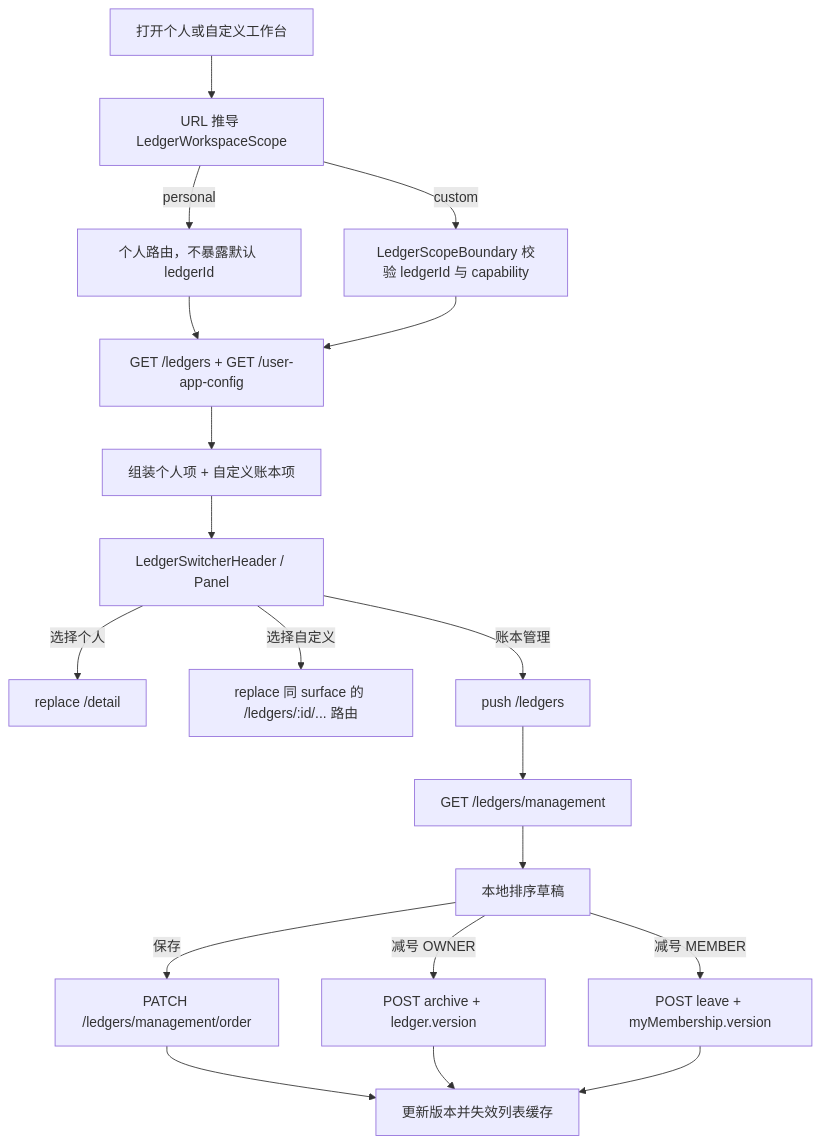
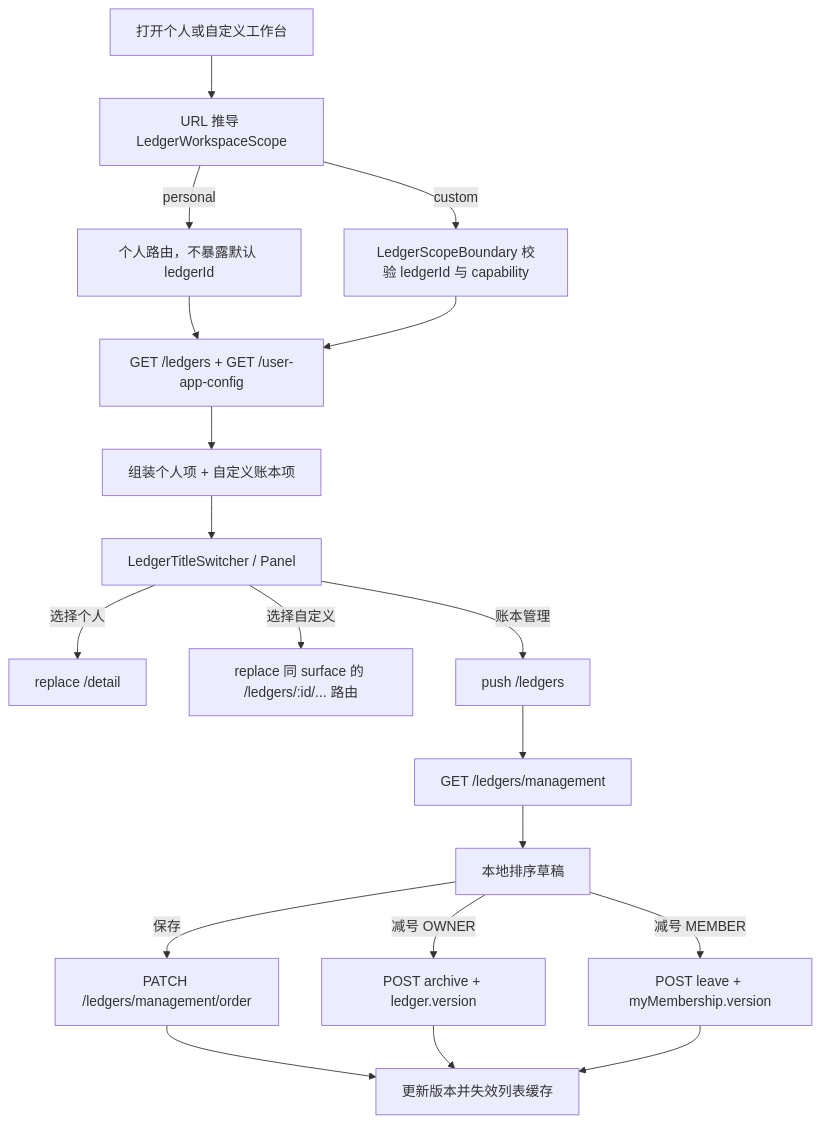
The diagram in docs/superpowers/specs/2026-07-22-ledger-management-workspace-switcher-design.md (whale-wave/ww-bill-client), drawn with Mermaid before and after one commit. The commit also changed other lines of this file and 23 other files, not shown here.

````diff
--- a/docs/superpowers/specs/2026-07-22-ledger-management-workspace-switcher-design.md
+++ b/docs/superpowers/specs/2026-07-22-ledger-management-workspace-switcher-design.md
@@ -506,21 +510,21 @@
 ```mermaid
 flowchart TD
   A["打开个人或自定义工作台"] --> B["URL 推导 LedgerWorkspaceScope"]
   B -->|personal| C["个人路由，不暴露默认 ledgerId"]
   B -->|custom| D["LedgerScopeBoundary 校验 ledgerId 与 capability"]
   C --> E["GET /ledgers + GET /user-app-config"]
   D --> E
   E --> F["组装个人项 + 自定义账本项"]
-  F --> G["LedgerSwitcherHeader / Panel"]
+  F --> G["LedgerTitleSwitcher / Panel"]
   G -->|选择个人| H["replace /detail"]
   G -->|选择自定义| I["replace 同 surface 的 /ledgers/:id/... 路由"]
   G -->|账本管理| J["push /ledgers"]
   J --> K["GET /ledgers/management"]
   K --> L["本地排序草稿"]
   L -->|保存| M["PATCH /ledgers/management/order"]
   L -->|减号 OWNER| N["POST archive + ledger.version"]
   L -->|减号 MEMBER| O["POST leave + myMembership.version"]
   M --> P["更新版本并失效列表缓存"]
   N --> P
   O --> P
 ```
````
